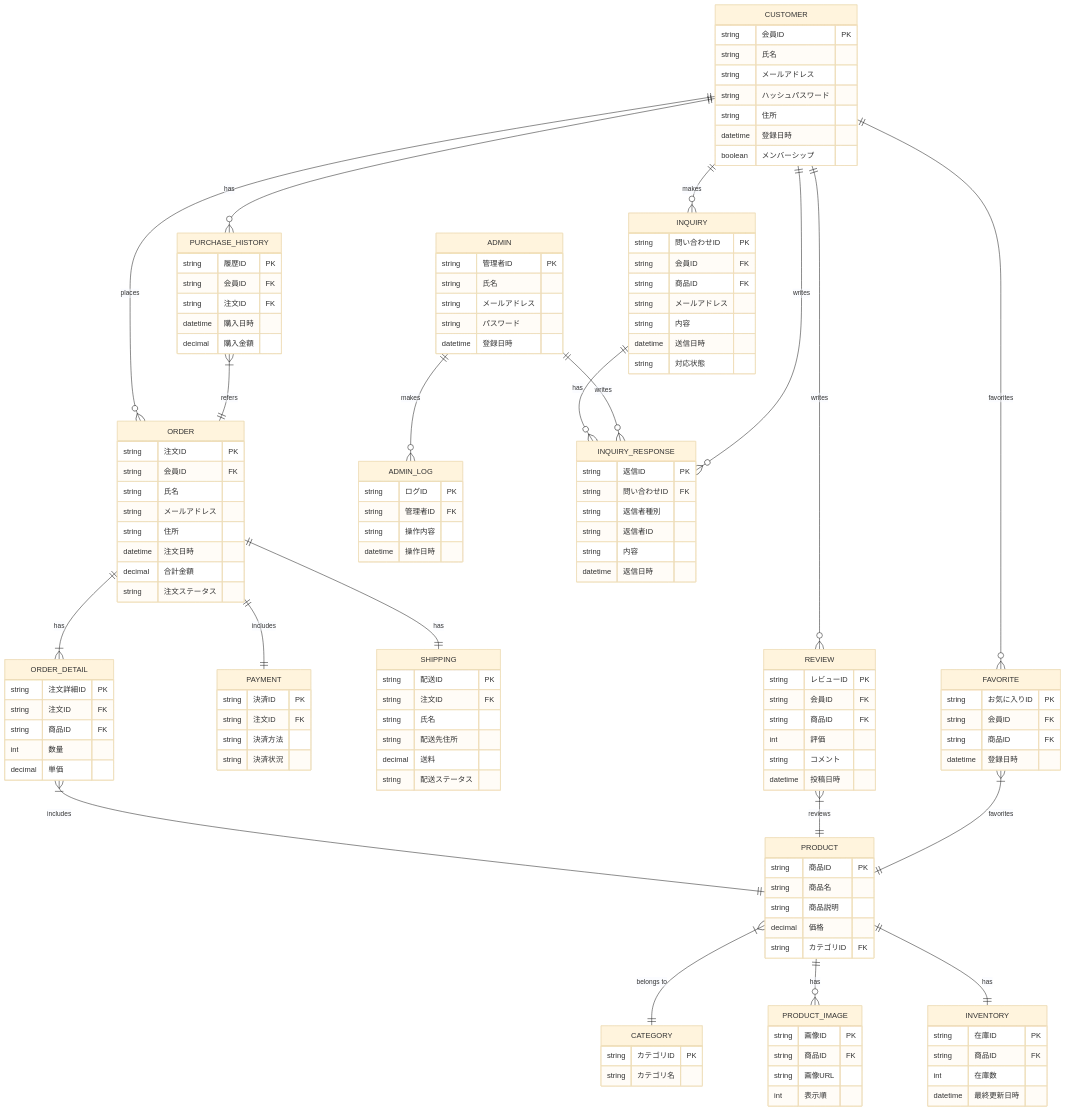
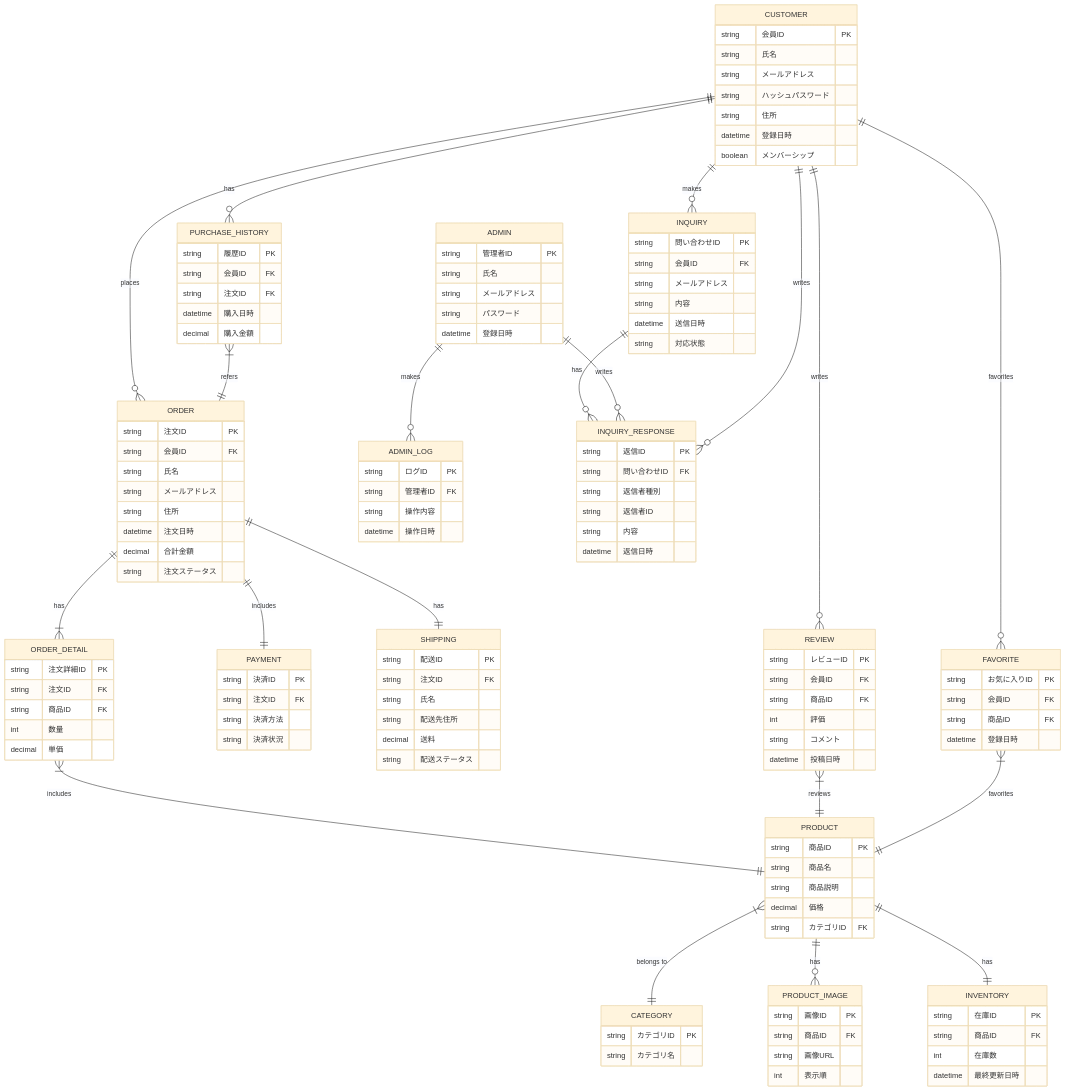
One commit to YUKlT0/Equipe changed the fifth of 5 diagrams in 基本設計/D.md. Above: the diagram before and after it, drawn with Mermaid (base theme).

Commit message:
なおし

```diff
--- a/基本設計/D.md
+++ b/基本設計/D.md
@@ -550,7 +550,6 @@
     INQUIRY {
         string 問い合わせID PK
         string 会員ID FK
-        string 商品ID FK
         string メールアドレス
         string 内容
         datetime 送信日時
```
